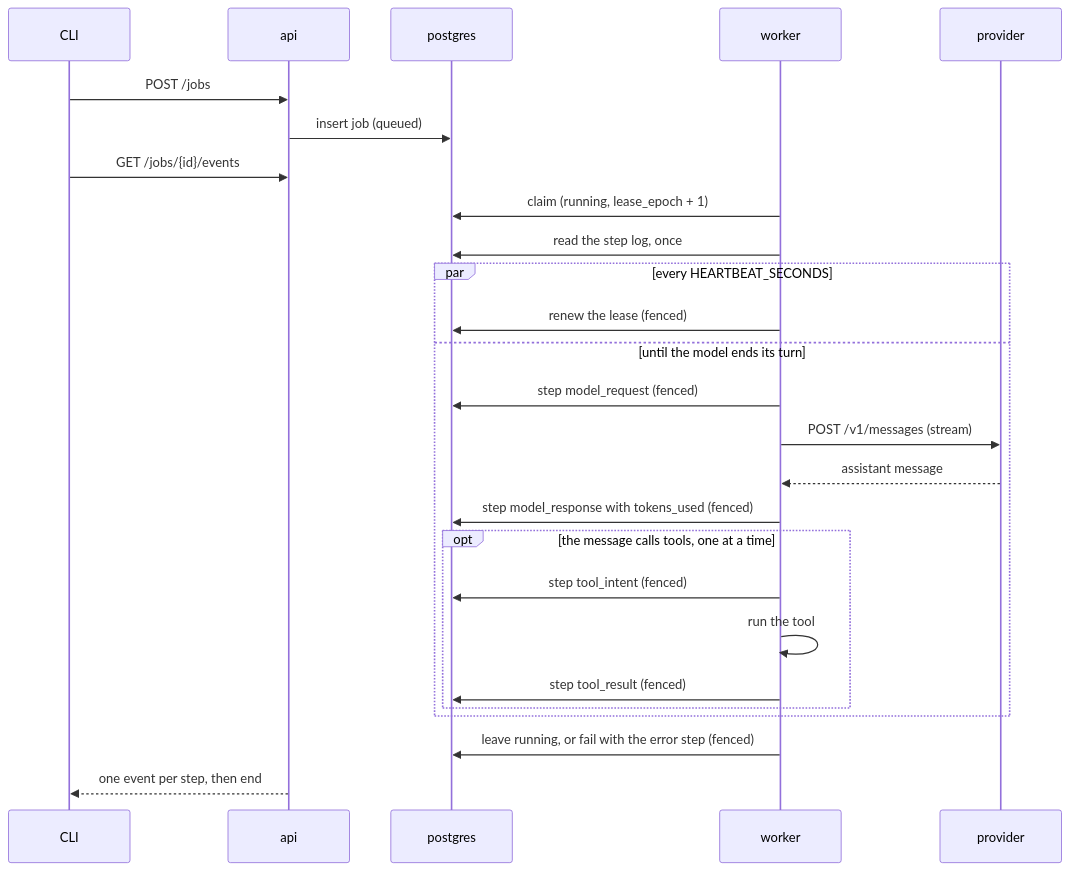
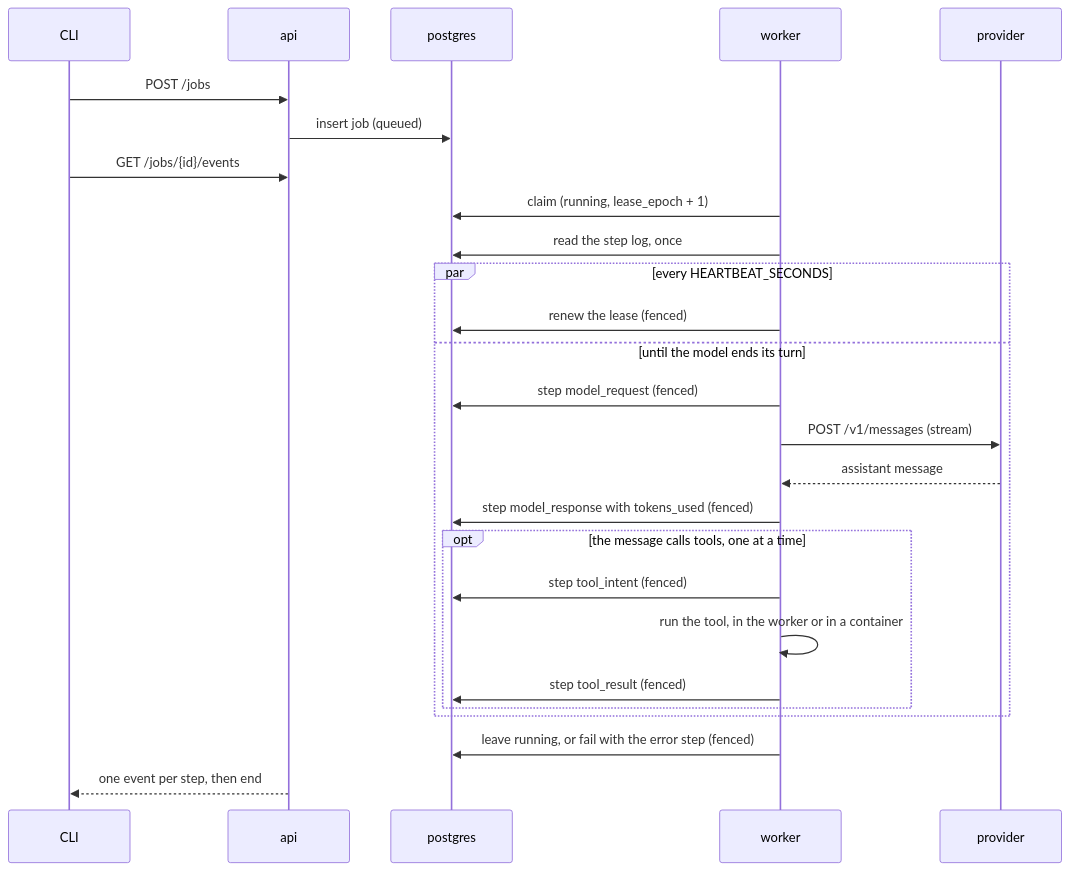
Before and after one commit to sindredg/agent-runtime: the second of 3 diagrams in docs/architecture.md, drawn with Mermaid. The commit also changed other lines of this file and 30 other files, not shown here.

First line of the commit message:
feat: run run_shell and list_dir in a container per call (#30)

````diff
--- a/docs/architecture.md
+++ b/docs/architecture.md
@@ -40,28 +44,28 @@
 ```mermaid
 sequenceDiagram
     participant C as CLI
     participant A as api
     participant D as postgres
     participant W as worker
     participant P as provider
     C->>A: POST /jobs
     A->>D: insert job (queued)
     C->>A: GET /jobs/{id}/events
     W->>D: claim (running, lease_epoch + 1)
     W->>D: read the step log, once
     par every HEARTBEAT_SECONDS
         W->>D: renew the lease (fenced)
     and until the model ends its turn
         W->>D: step model_request (fenced)
         W->>P: POST /v1/messages (stream)
         P-->>W: assistant message
         W->>D: step model_response with tokens_used (fenced)
         opt the message calls tools, one at a time
             W->>D: step tool_intent (fenced)
-            W->>W: run the tool
+            W->>W: run the tool, in the worker or in a container
             W->>D: step tool_result (fenced)
         end
     end
     W->>D: leave running, or fail with the error step (fenced)
     A-->>C: one event per step, then end
 ```
````
